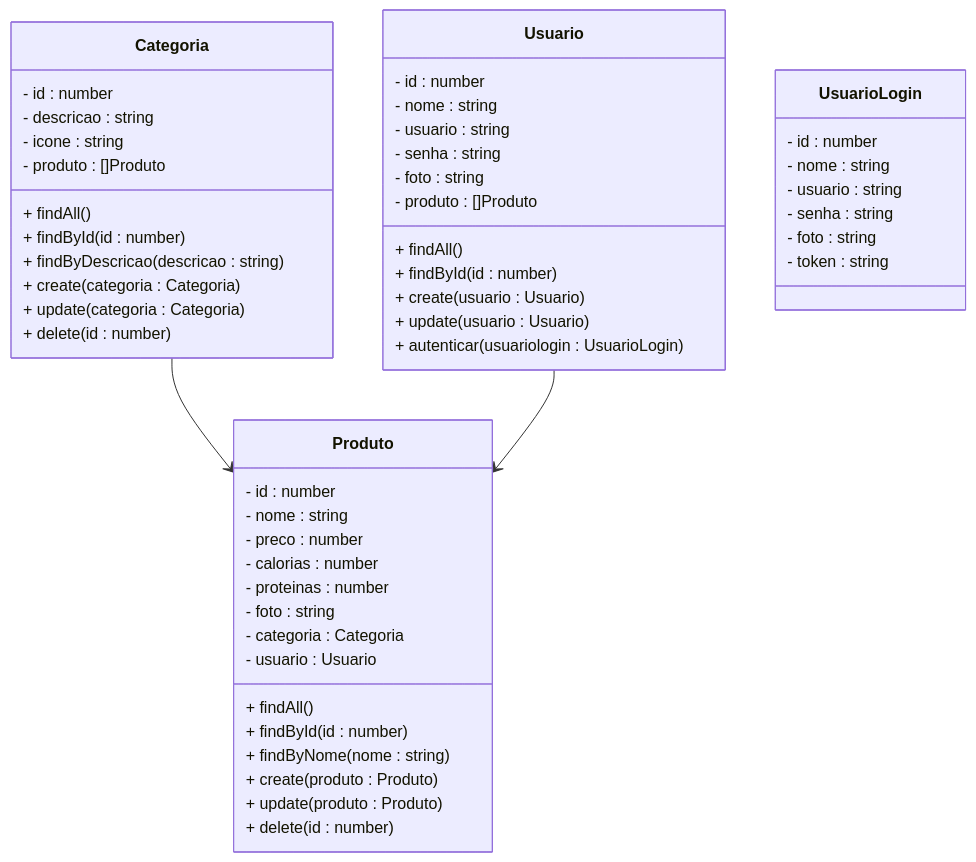
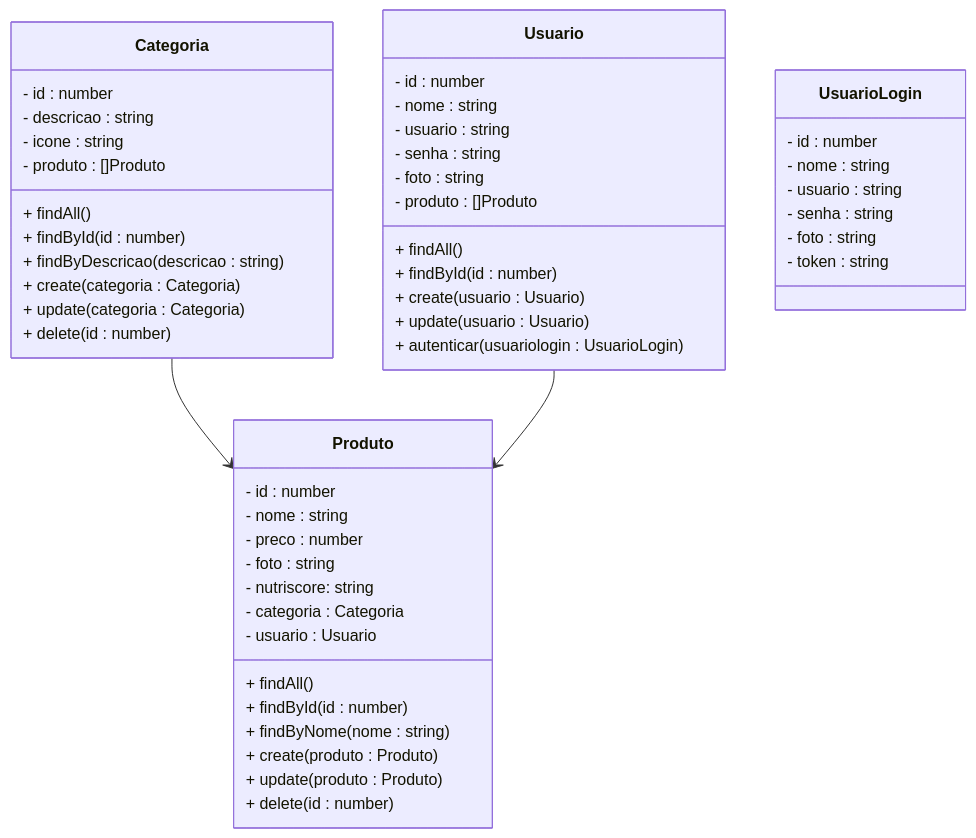
One commit to rafaelq80/delivery-nest changed the first of 2 diagrams in README.md. Above: the diagram before and after it, drawn with Mermaid. The commit also changed other lines of this file, not shown here.

````diff
--- a/README.md
+++ b/README.md
@@ -58,54 +58,53 @@
 ```mermaid
 classDiagram
 class Categoria {
   - id : number
   - descricao : string
   - icone : string
   - produto : []Produto
   + findAll()
   + findById(id : number)
   + findByDescricao(descricao : string)
   + create(categoria : Categoria)
   + update(categoria : Categoria)
   + delete(id : number)
 }
 class Produto {
   - id : number
   - nome : string
   - preco : number
-  - calorias : number
-  - proteinas : number
   - foto : string
+  - nutriscore: string
   - categoria : Categoria
   - usuario : Usuario
   + findAll()
   + findById(id : number)
   + findByNome(nome : string)
   + create(produto : Produto)
   + update(produto : Produto)
   + delete(id : number)
 }
 class Usuario {
   - id : number
   - nome : string
   - usuario : string
   - senha : string
   - foto : string
   - produto : []Produto
   + findAll()
   + findById(id : number)
   + create(usuario : Usuario)
   + update(usuario : Usuario)
   + autenticar(usuariologin : UsuarioLogin)
 }
 class UsuarioLogin{
   - id : number
   - nome : string
   - usuario : string
   - senha : string
   - foto : string
   - token : string
 }
 Categoria --> Produto
 Usuario --> Produto
 ```
````
